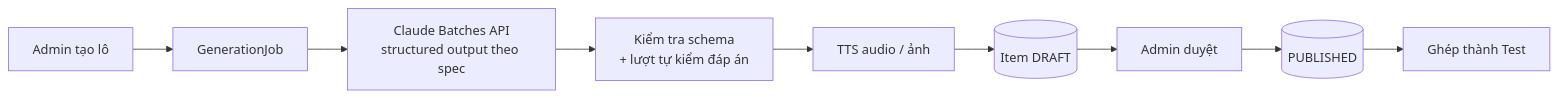
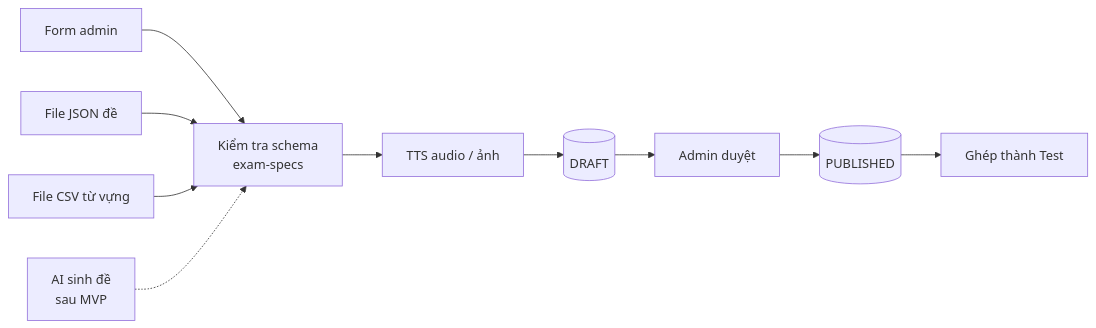
Before and after one commit to mwxgh/turbo: the first of 2 diagrams in docs/product/lingo.md, drawn with Mermaid. The commit also changed other lines of this file, not shown here.

First line of the commit message:
docs(toeic): ship the MVP without AI generation, import content instead

````diff
--- a/docs/product/lingo.md
+++ b/docs/product/lingo.md
@@ -185,11 +189,12 @@
 ```mermaid
 flowchart LR
-  A[Admin tạo lô] --> B[GenerationJob]
-  B --> C[Claude Batches API<br/>structured output theo spec]
-  C --> D[Kiểm tra schema<br/>+ lượt tự kiểm đáp án]
-  D --> E[TTS audio / ảnh]
-  E --> F[(Item DRAFT)]
+  A[Form admin] --> V
+  B[File JSON đề] --> V
+  C[File CSV từ vựng] --> V
+  X[AI sinh đề<br/>sau MVP] -.-> V
+  V[Kiểm tra schema<br/>exam-specs] --> M[TTS audio / ảnh]
+  M --> F[(DRAFT)]
   F --> G[Admin duyệt]
   G --> H[(PUBLISHED)]
   H --> I[Ghép thành Test]
 ```
````
